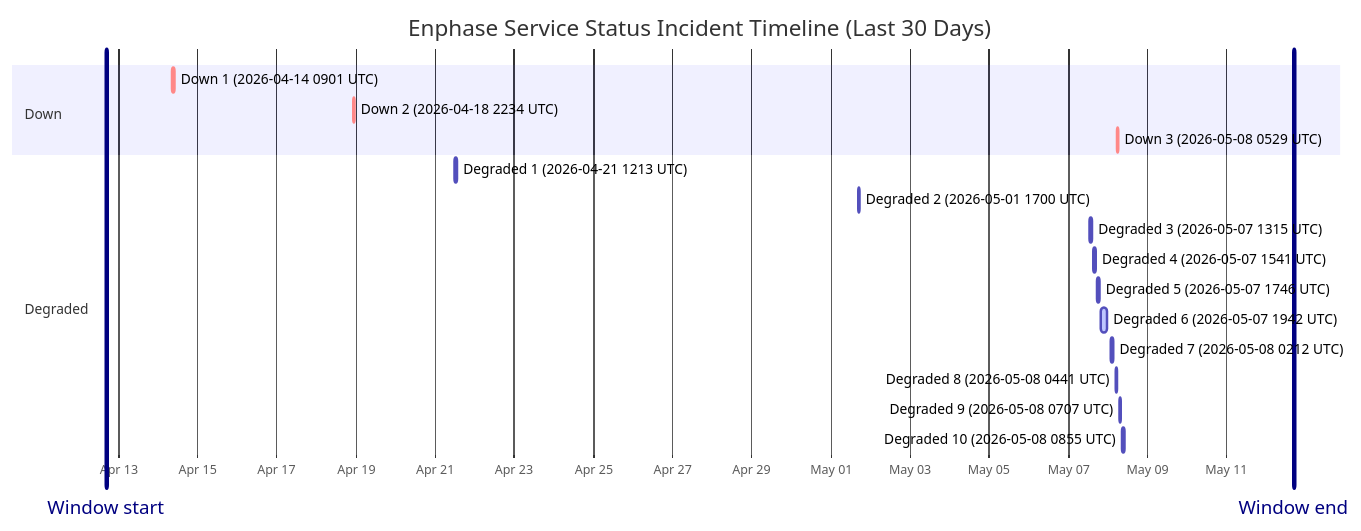
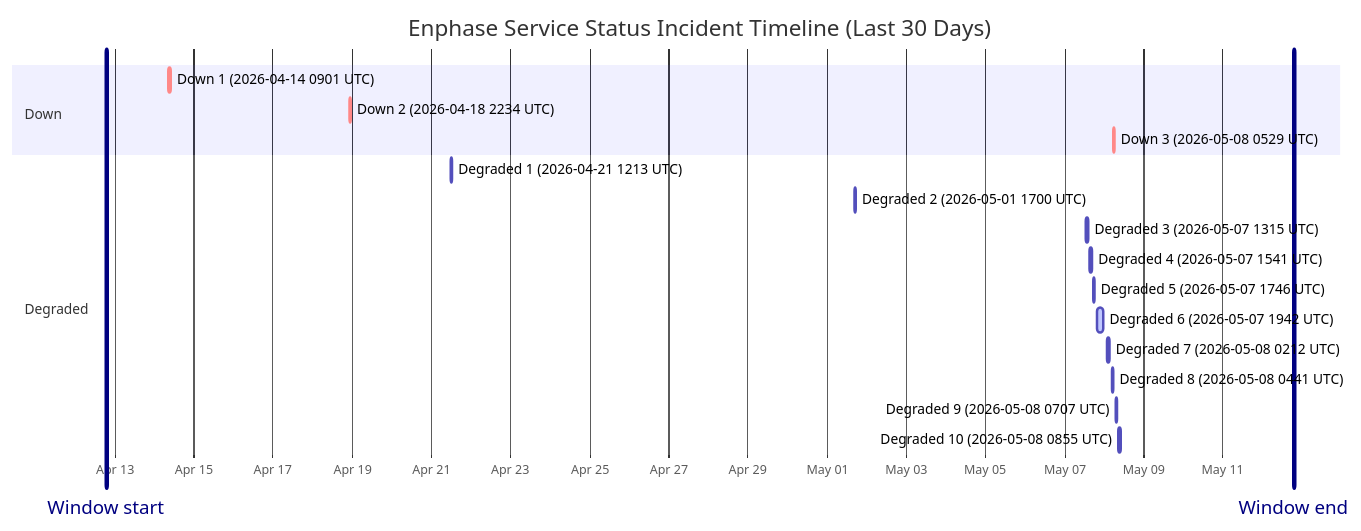
The diagram in wiki/Service-Status-History.md (barneyonline/ha-enphase-ev-charger), drawn with Mermaid before and after one commit. The commit also changed other lines of this file and 3 other files, not shown here.

````diff
--- a/wiki/Service-Status-History.md
+++ b/wiki/Service-Status-History.md
@@ -14,23 +14,23 @@
 ```mermaid
 gantt
     title Enphase Service Status Incident Timeline (Last 30 Days)
     dateFormat  YYYY-MM-DDTHH:mm:ss
     axisFormat  %b %d
-    Window start :vert, window-start, 2026-04-12T16:37:01, 0ms
-    Window end :vert, window-end, 2026-05-12T16:37:01, 0ms
+    Window start :vert, window-start, 2026-04-12T18:54:48, 0ms
+    Window end :vert, window-end, 2026-05-12T18:54:48, 0ms
     section Down
     Down 1 (2026-04-14 0901 UTC) :crit, down-1, 2026-04-14T09:01:13, 60m
     Down 2 (2026-04-18 2234 UTC) :crit, down-2, 2026-04-18T22:34:13, 60m
     Down 3 (2026-05-08 0529 UTC) :crit, down-3, 2026-05-08T05:29:47, 60m
     section Degraded
     Degraded 1 (2026-04-21 1213 UTC) :active, degraded-1, 2026-04-21T12:13:11, 60m
     Degraded 2 (2026-05-01 1700 UTC) :active, degraded-2, 2026-05-01T17:00:22, 60m
     Degraded 3 (2026-05-07 1315 UTC) :active, degraded-3, 2026-05-07T13:15:25, 60m
     Degraded 4 (2026-05-07 1541 UTC) :active, degraded-4, 2026-05-07T15:41:58, 60m
     Degraded 5 (2026-05-07 1746 UTC) :active, degraded-5, 2026-05-07T17:46:51, 60m
     Degraded 6 (2026-05-07 1942 UTC) :active, degraded-6, 2026-05-07T19:42:10, 249m
     Degraded 7 (2026-05-08 0212 UTC) :active, degraded-7, 2026-05-08T02:12:39, 60m
     Degraded 8 (2026-05-08 0441 UTC) :active, degraded-8, 2026-05-08T04:41:46, 60m
     Degraded 9 (2026-05-08 0707 UTC) :active, degraded-9, 2026-05-08T07:07:30, 60m
     Degraded 10 (2026-05-08 0855 UTC) :active, degraded-10, 2026-05-08T08:55:20, 88m
 ```
````
